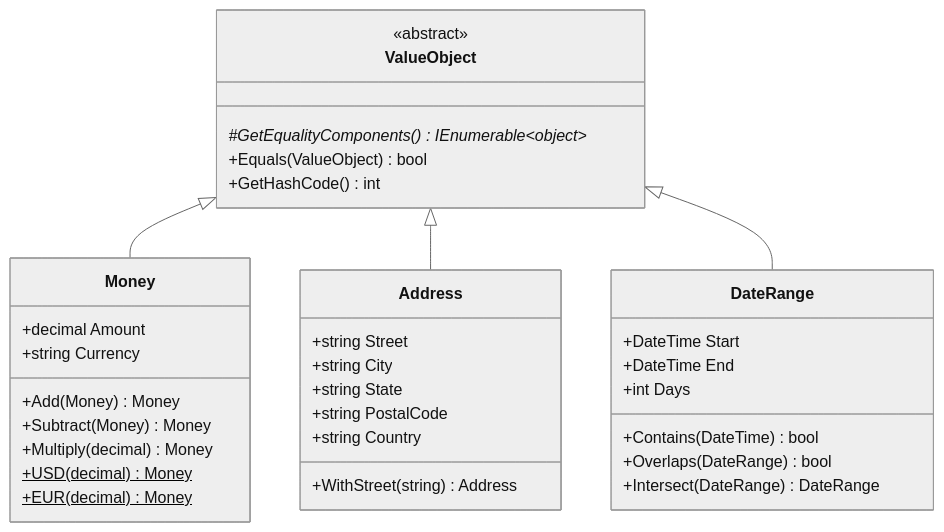
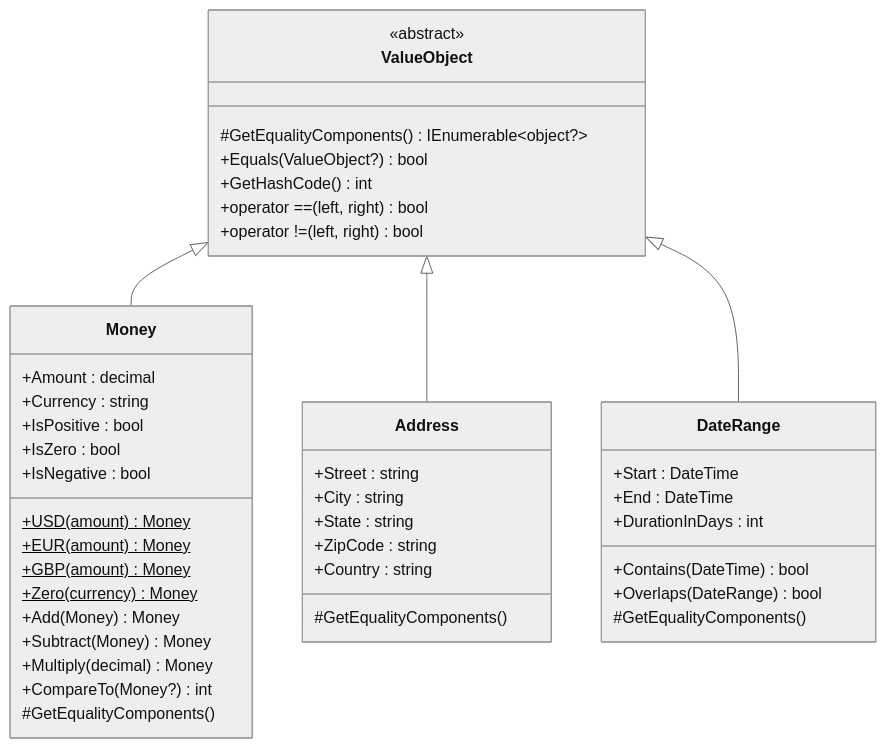
One commit to senapatisantosh/DotnetAdvanceDesignPattern changed the first of 2 diagrams in src/DesignPatterns.Enterprise/ValueObject/README.md. Above: the diagram before and after it, drawn with Mermaid (neutral theme). The commit also changed other lines of this file and 2 other files, not shown here.

First line of the commit message:
feat: add interview revision cheatsheet, update Saga and ValueObject READMEs

````diff
--- a/src/DesignPatterns.Enterprise/ValueObject/README.md
+++ b/src/DesignPatterns.Enterprise/ValueObject/README.md
@@ -75,38 +71,50 @@
 ```mermaid
 classDiagram
     class ValueObject {
         <<abstract>>
-        #GetEqualityComponents()* IEnumerable~object~
-        +Equals(ValueObject) bool
+        #GetEqualityComponents() IEnumerable~object?~
+        +Equals(ValueObject?) bool
         +GetHashCode() int
+        +operator ==(left, right) bool
+        +operator !=(left, right) bool
     }
+
     class Money {
-        +decimal Amount
-        +string Currency
+        +Amount : decimal
+        +Currency : string
+        +USD(amount) Money$
+        +EUR(amount) Money$
+        +GBP(amount) Money$
+        +Zero(currency) Money$
         +Add(Money) Money
         +Subtract(Money) Money
         +Multiply(decimal) Money
-        +USD(decimal) Money$
-        +EUR(decimal) Money$
+        +IsPositive : bool
+        +IsZero : bool
+        +IsNegative : bool
+        +CompareTo(Money?) int
+        #GetEqualityComponents()
     }
+
     class Address {
-        +string Street
-        +string City
-        +string State
-        +string PostalCode
-        +string Country
-        +WithStreet(string) Address
+        +Street : string
+        +City : string
+        +State : string
+        +ZipCode : string
+        +Country : string
+        #GetEqualityComponents()
     }
+
     class DateRange {
-        +DateTime Start
-        +DateTime End
-        +int Days
+        +Start : DateTime
+        +End : DateTime
+        +DurationInDays : int
         +Contains(DateTime) bool
         +Overlaps(DateRange) bool
-        +Intersect(DateRange) DateRange
+        #GetEqualityComponents()
     }
 
     ValueObject <|-- Money
     ValueObject <|-- Address
     ValueObject <|-- DateRange
 ```
````
